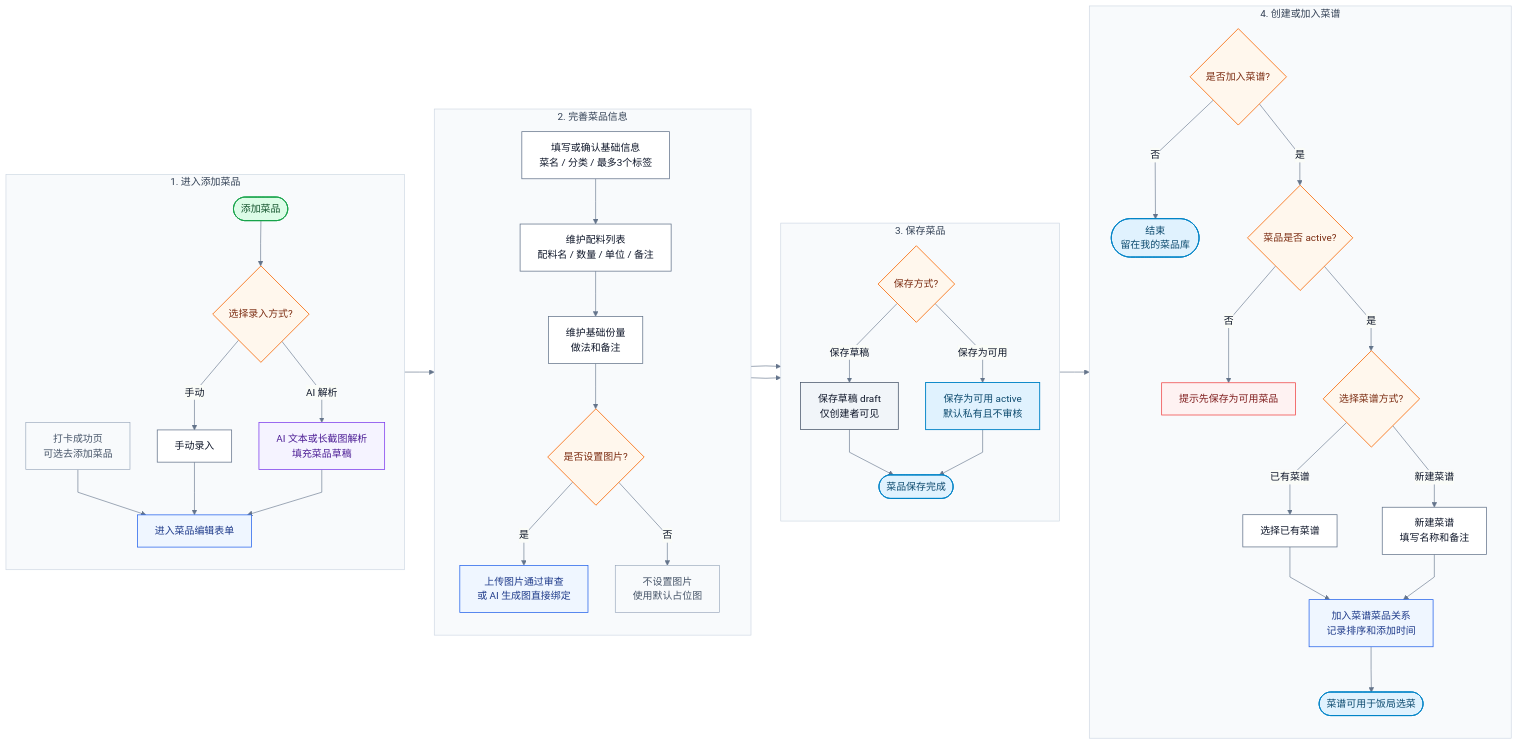
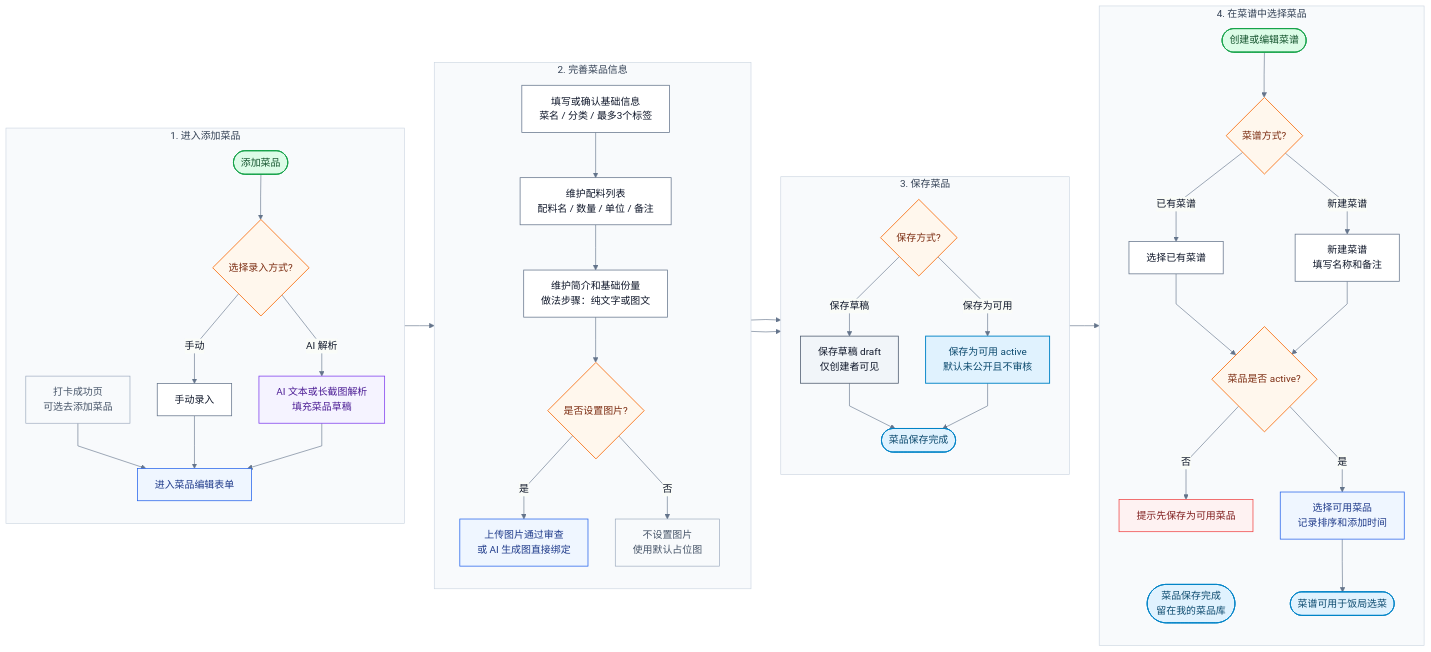
One commit to dyjh/gin-vue-admin changed the diagram in aiDoc/prd/dish-and-recipe-creation-flowchart.md. Above: the diagram before and after it, drawn with Mermaid. The commit also changed other lines of this file and 689 other files, not shown here.

````diff
--- a/aiDoc/prd/dish-and-recipe-creation-flowchart.md
+++ b/aiDoc/prd/dish-and-recipe-creation-flowchart.md
@@ -13,80 +13,79 @@
 ```mermaid
 %%{init: {"theme":"base","themeVariables":{"fontFamily":"Inter, PingFang SC, Microsoft YaHei, sans-serif","primaryColor":"#F8FAFC","primaryTextColor":"#0F172A","primaryBorderColor":"#CBD5E1","lineColor":"#64748B"},"flowchart":{"curve":"linear","nodeSpacing":44,"rankSpacing":48,"padding":14}}}%%
 flowchart LR
     subgraph P1["1. 进入添加菜品"]
         direction TB
         A([添加菜品]):::start
         A0[打卡成功页<br/>可选去添加菜品]:::muted
         B{选择录入方式?}:::decision
         C[手动录入]:::action
         D[AI 文本或长截图解析<br/>填充菜品草稿]:::ai
         F[进入菜品编辑表单]:::system
         A --> B
         A0 --> F
         B -->|手动| C --> F
         B -->|AI 解析| D --> F
     end
 
     subgraph P2["2. 完善菜品信息"]
         direction TB
         G[填写或确认基础信息<br/>菜名 / 分类 / 最多3个标签]:::action
         H[维护配料列表<br/>配料名 / 数量 / 单位 / 备注]:::action
-        I[维护基础份量<br/>做法和备注]:::action
+        I[维护简介和基础份量<br/>做法步骤：纯文字或图文]:::action
         J{是否设置图片?}:::decision
         K[上传图片通过审查<br/>或 AI 生成图直接绑定]:::system
         L[不设置图片<br/>使用默认占位图]:::muted
         G --> H --> I --> J
         J -->|是| K
         J -->|否| L
     end
 
     subgraph P3["3. 保存菜品"]
         direction TB
         M{保存方式?}:::decision
         N[保存草稿 draft<br/>仅创建者可见]:::state
-        O[保存为可用 active<br/>默认私有且不审核]:::complete
+        O[保存为可用 active<br/>默认未公开且不审核]:::complete
         P([菜品保存完成]):::complete
         M -->|保存草稿| N --> P
         M -->|保存为可用| O --> P
     end
 
-    subgraph P4["4. 创建或加入菜谱"]
+    subgraph P4["4. 在菜谱中选择菜品"]
         direction TB
-        Q{是否加入菜谱?}:::decision
-        R([结束<br/>留在我的菜品库]):::complete
+        R([菜品保存完成<br/>留在我的菜品库]):::complete
+        Q([创建或编辑菜谱]):::start
+        T{菜谱方式?}:::decision
+        U[选择已有菜谱]:::action
+        V[新建菜谱<br/>填写名称和备注]:::action
         S{菜品是否 active?}:::decision
         S1[提示先保存为可用菜品]:::error
-        T{选择菜谱方式?}:::decision
-        U[选择已有菜谱]:::action
-        V[新建菜谱<br/>填写名称和备注]:::action
-        W[加入菜谱菜品关系<br/>记录排序和添加时间]:::system
+        W[选择可用菜品<br/>记录排序和添加时间]:::system
         X([菜谱可用于饭局选菜]):::complete
-        Q -->|否| R
-        Q -->|是| S
+        Q --> T
+        T -->|已有菜谱| U --> S
+        T -->|新建菜谱| V --> S
         S -->|否| S1
-        S -->|是| T
-        T -->|已有菜谱| U --> W
-        T -->|新建菜谱| V --> W
+        S -->|是| W
         W --> X
     end
 
     F --> G
     K --> M
     L --> M
-    P --> Q
+    P --> R
 
     style P1 fill:#F8FAFC,stroke:#CBD5E1,stroke-width:1px,color:#334155;
     style P2 fill:#F8FAFC,stroke:#CBD5E1,stroke-width:1px,color:#334155;
     style P3 fill:#F8FAFC,stroke:#CBD5E1,stroke-width:1px,color:#334155;
     style P4 fill:#F8FAFC,stroke:#CBD5E1,stroke-width:1px,color:#334155;
 
     classDef start fill:#DCFCE7,stroke:#16A34A,color:#14532D,stroke-width:1.5px;
     classDef complete fill:#E0F2FE,stroke:#0284C7,color:#0C4A6E,stroke-width:1.5px;
     classDef action fill:#FFFFFF,stroke:#64748B,color:#0F172A,stroke-width:1.2px;
     classDef system fill:#EFF6FF,stroke:#2563EB,color:#1E3A8A,stroke-width:1.2px;
     classDef decision fill:#FFF7ED,stroke:#F97316,color:#7C2D12,stroke-width:1.4px;
     classDef state fill:#F1F5F9,stroke:#475569,color:#0F172A,stroke-width:1.2px;
     classDef ai fill:#F5F3FF,stroke:#7C3AED,color:#4C1D95,stroke-width:1.2px;
     classDef error fill:#FEF2F2,stroke:#EF4444,color:#7F1D1D,stroke-width:1.2px;
     classDef muted fill:#F8FAFC,stroke:#94A3B8,color:#475569,stroke-width:1px;
 ```
````
